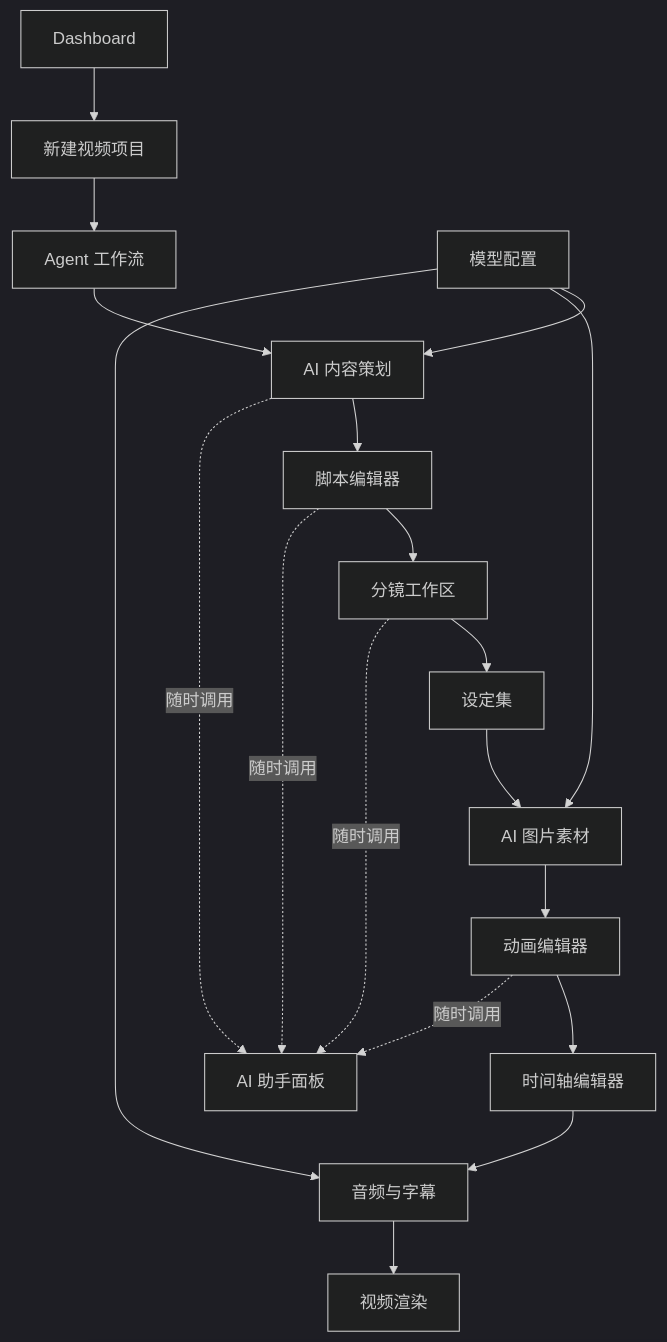
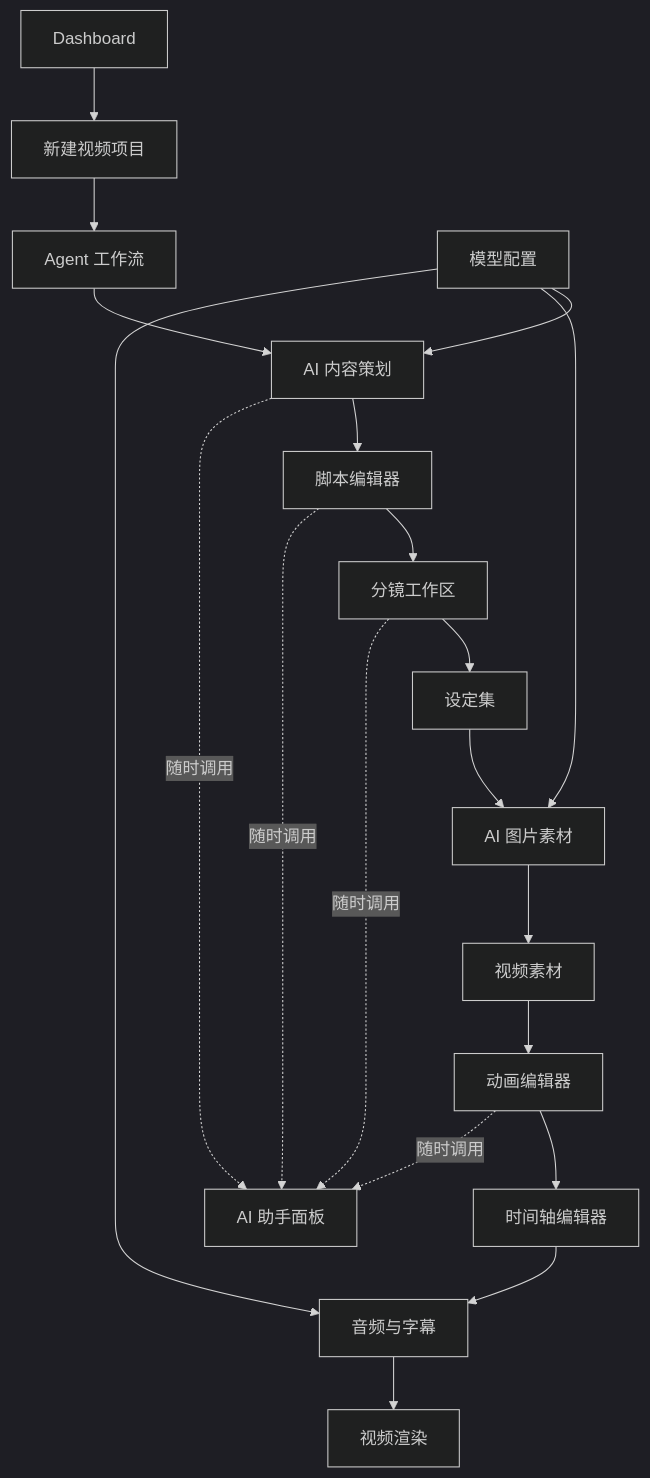
One commit to hadesgo/KnowMotion-AI-Studio changed the first of 2 diagrams in docs/UI_DESIGN.md. Above: the diagram before and after it, drawn with Mermaid (dark theme). The commit also changed other lines of this file and 28 other files, not shown here.

Commit message:
feat: 实现视频素材图层与视频剪辑功能

````diff
--- a/docs/UI_DESIGN.md
+++ b/docs/UI_DESIGN.md
@@ -61,21 +61,22 @@
 ```mermaid
 flowchart TD
     D[Dashboard] --> N[新建视频项目]
     N --> W[Agent 工作流]
     W --> P[AI 内容策划]
     P --> S[脚本编辑器]
     S --> B[分镜工作区]
     B --> C[设定集]
     C --> I[AI 图片素材]
-    I --> A[动画编辑器]
+    I --> V[视频素材]
+    V --> A[动画编辑器]
     A --> T[时间轴编辑器]
     T --> U[音频与字幕]
     U --> R[视频渲染]
     P -. 随时调用 .-> H[AI 助手面板]
     S -. 随时调用 .-> H
     B -. 随时调用 .-> H
     A -. 随时调用 .-> H
     G[模型配置] --> P
     G --> I
     G --> U
 ```
````
